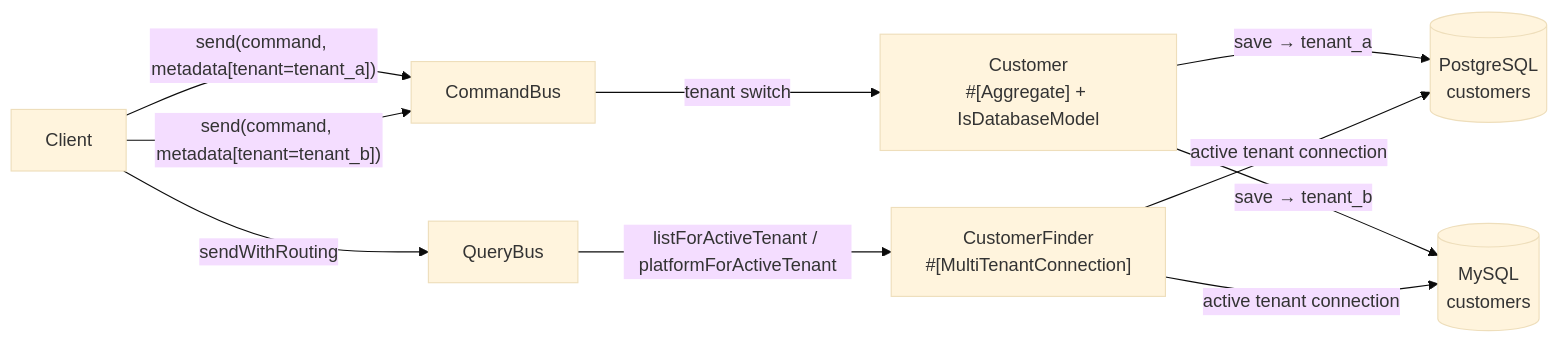
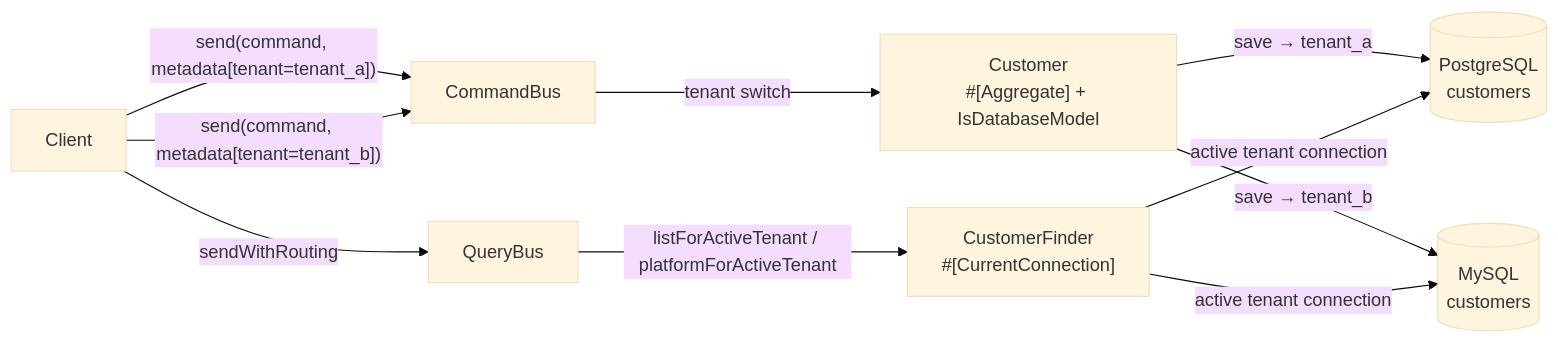
Before and after one commit to ecotoneframework/quickstart-examples: the diagram in Tempest/MultiTenant/MessageBus/README.md, drawn with Mermaid (base theme). The commit also changed other lines of this file and 57 other files, not shown here.

````diff
--- a/Tempest/MultiTenant/MessageBus/README.md
+++ b/Tempest/MultiTenant/MessageBus/README.md
@@ -19,12 +19,12 @@
 ```mermaid
 flowchart LR
     Client -->|"send(command, metadata[tenant=tenant_a])"| CommandBus
     Client -->|"send(command, metadata[tenant=tenant_b])"| CommandBus
     CommandBus -->|tenant switch| Customer["Customer\n#[Aggregate] + IsDatabaseModel"]
     Customer -->|save → tenant_a| PG[(PostgreSQL\ncustomers)]
     Customer -->|save → tenant_b| MY[(MySQL\ncustomers)]
     Client -->|sendWithRouting| QueryBus
-    QueryBus -->|listForActiveTenant / platformForActiveTenant| CustomerFinder["CustomerFinder\n#[MultiTenantConnection]"]
+    QueryBus -->|listForActiveTenant / platformForActiveTenant| CustomerFinder["CustomerFinder\n#[CurrentConnection]"]
     CustomerFinder -->|active tenant connection| PG
     CustomerFinder -->|active tenant connection| MY
 ```
````
